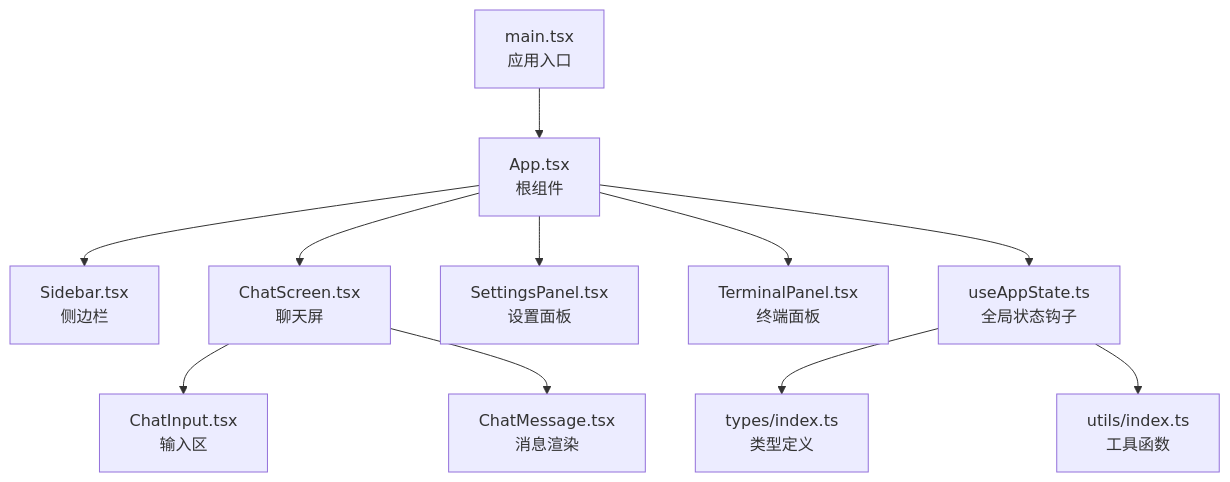
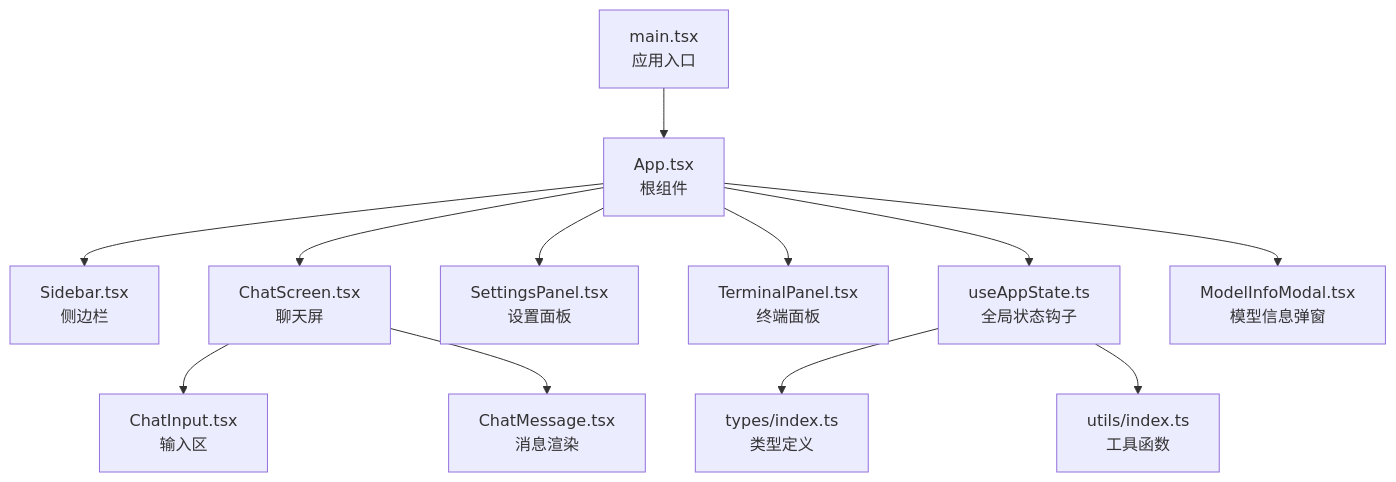
The first of 9 diagrams in .qoder/repowiki/zh/content/架构设计/组件架构设计/组件通信模式.md (linkin770/illama-cpp-desktop), drawn with Mermaid before and after one commit. The commit also changed other lines of this file and 23 other files, not shown here.

````diff
--- a/.qoder/repowiki/zh/content/架构设计/组件架构设计/组件通信模式.md
+++ b/.qoder/repowiki/zh/content/架构设计/组件架构设计/组件通信模式.md
@@ -41,13 +52,14 @@
 ```mermaid
 graph TB
 A["main.tsx<br/>应用入口"] --> B["App.tsx<br/>根组件"]
 B --> C["Sidebar.tsx<br/>侧边栏"]
 B --> D["ChatScreen.tsx<br/>聊天屏"]
 B --> E["SettingsPanel.tsx<br/>设置面板"]
 B --> F["TerminalPanel.tsx<br/>终端面板"]
 D --> G["ChatInput.tsx<br/>输入区"]
 D --> H["ChatMessage.tsx<br/>消息渲染"]
 B --> I["useAppState.ts<br/>全局状态钩子"]
 I --> J["types/index.ts<br/>类型定义"]
 I --> K["utils/index.ts<br/>工具函数"]
+B --> L["ModelInfoModal.tsx<br/>模型信息弹窗"]
 ```
````
